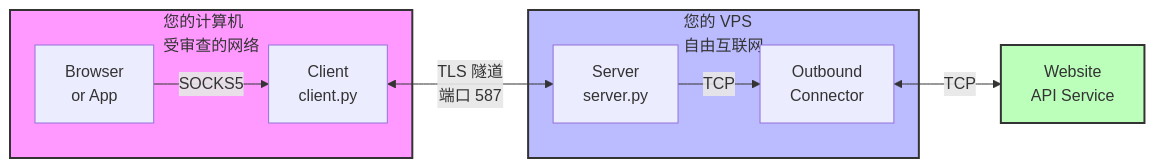
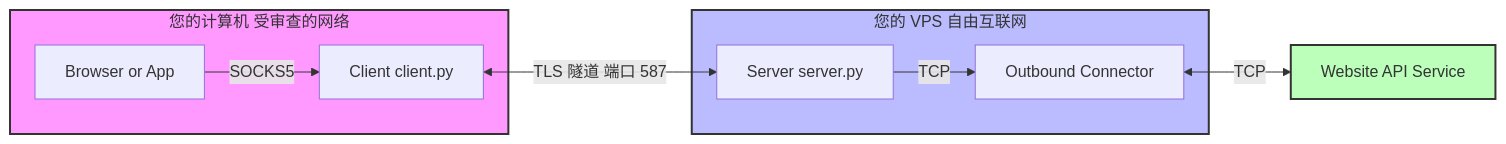
Before and after one commit to purpose168/smtp-tunnel-proxy: the fifth of 12 diagrams in TECHNICAL.md, drawn with Mermaid. The commit also changed other lines of this file, not shown here.

First line of the commit message:
docs: 更新技术文档中的图表格式和内容

````diff
--- a/TECHNICAL.md
+++ b/TECHNICAL.md
@@ -203,19 +203,19 @@
 ```mermaid
 graph LR
-    subgraph Client["您的计算机<br/>受审查的网络"]
-        A[Browser<br/>or App] -->|SOCKS5| B[Client<br/>client.py]
+    subgraph Client["您的计算机 受审查的网络"]
+        A["Browser or App"] -->|SOCKS5| B["Client client.py"]
     end
 
-    subgraph Server["您的 VPS<br/>自由互联网"]
-        C[Server<br/>server.py] -->|TCP| D[Outbound<br/>Connector]
+    subgraph Server["您的 VPS 自由互联网"]
+        C["Server server.py"] -->|TCP| D["Outbound Connector"]
     end
 
-    E[Website<br/>API Service]
+    E["Website API Service"]
 
-    B <-->|TLS 隧道<br/>端口 587| C
+    B <-->|"TLS 隧道 端口 587"| C
     D <-->|TCP| E
 
     style Client fill:#f9f,stroke:#333,stroke-width:2px
     style Server fill:#bbf,stroke:#333,stroke-width:2px
     style E fill:#bfb,stroke:#333,stroke-width:2px
 ```
````
